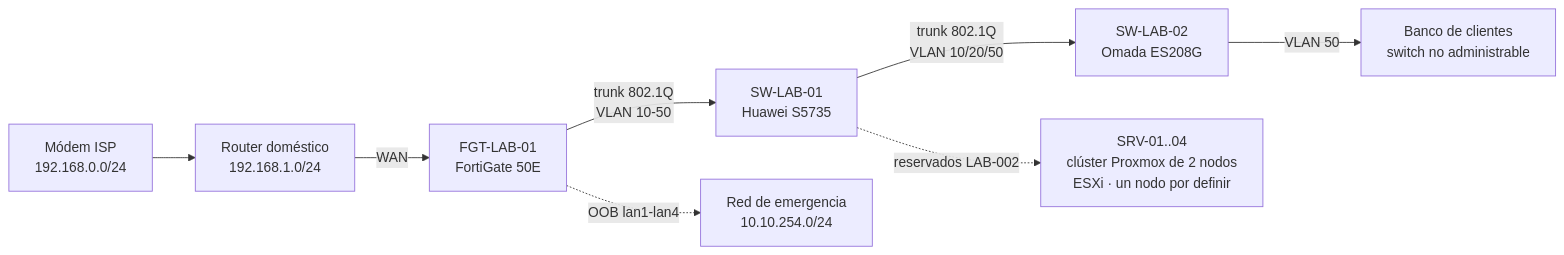
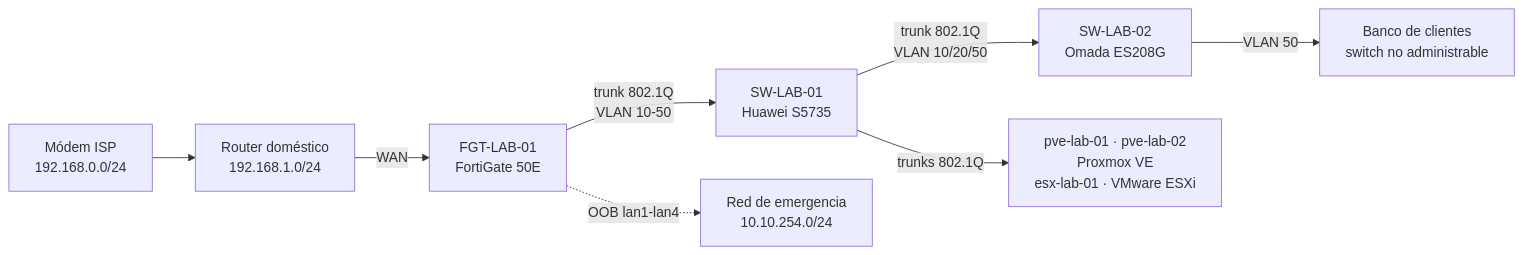
The diagram in README.md (Alce1551/EICL-HOMELAB), drawn with Mermaid before and after one commit. The commit also changed other lines of this file and 7 other files, not shown here.

Commit message:
LAB-002: inicia el laboratorio con la red de los nodos y tres hipervisores

````diff
--- a/README.md
+++ b/README.md
@@ -27,10 +28,10 @@
 ```mermaid
 flowchart LR
     ISP[Módem ISP<br/>192.168.0.0/24] --> ARC[Router doméstico<br/>192.168.1.0/24]
     ARC -->|WAN| FGT[FGT-LAB-01<br/>FortiGate 50E]
     FGT -->|trunk 802.1Q<br/>VLAN 10-50| SW1[SW-LAB-01<br/>Huawei S5735]
     SW1 -->|trunk 802.1Q<br/>VLAN 10/20/50| SW2[SW-LAB-02<br/>Omada ES208G]
     SW2 -->|VLAN 50| BAN[Banco de clientes<br/>switch no administrable]
-    SW1 -.->|reservados LAB-002| SRV[SRV-01..04<br/>clúster Proxmox de 2 nodos<br/>ESXi · un nodo por definir]
+    SW1 -->|trunks 802.1Q| SRV[pve-lab-01 · pve-lab-02<br/>Proxmox VE<br/>esx-lab-01 · VMware ESXi]
     FGT -.->|OOB lan1-lan4| OOB[Red de emergencia<br/>10.10.254.0/24]
 ```
````
